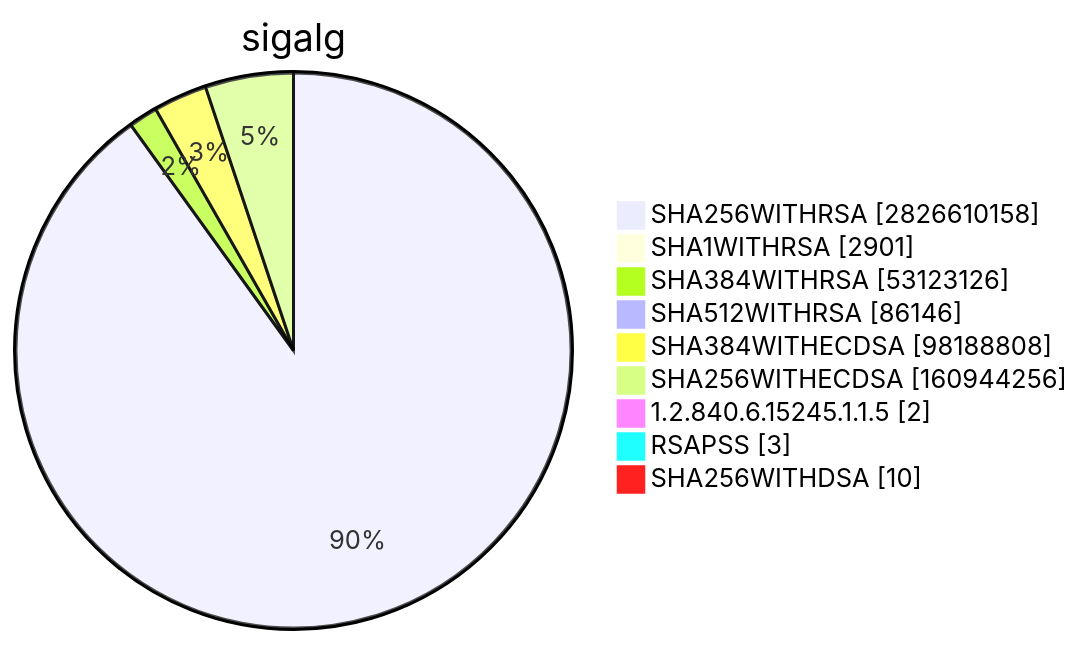
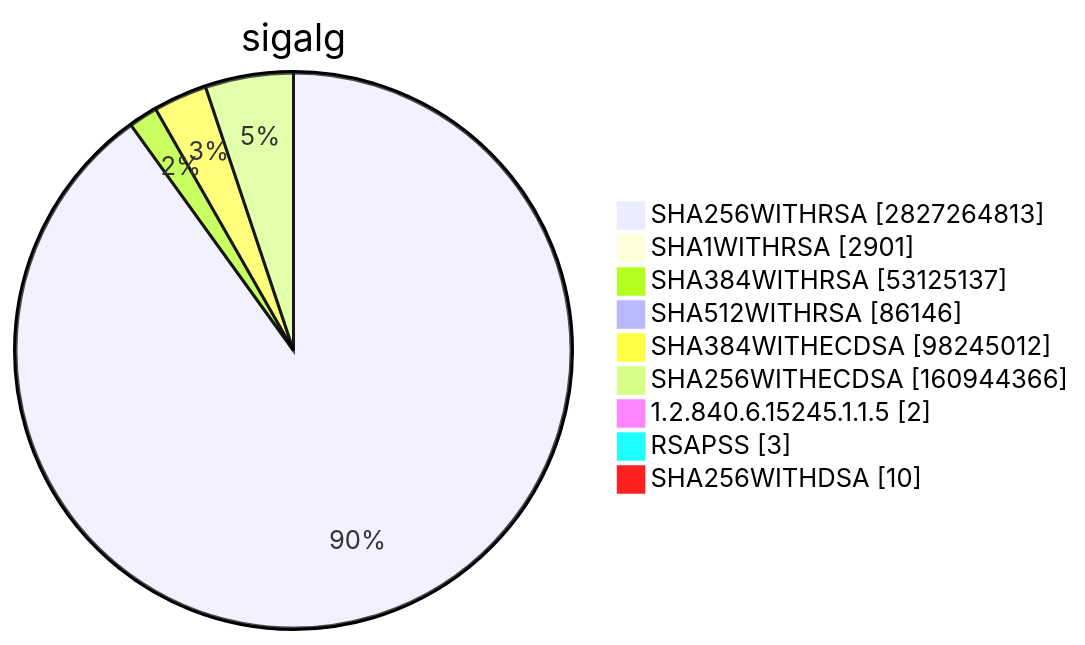
One commit to christiankrug/ctmonitor_visualization changed diagram 15 of 15 in TOTAL/README.md. Above: the diagram before and after it, drawn with Mermaid. The commit also changed other lines of this file, not shown here.

````diff
--- a/TOTAL/README.md
+++ b/TOTAL/README.md
@@ -6207,13 +6207,13 @@
 ```mermaid
 pie showData
 title sigalg
-"SHA256WITHRSA" :2826610158
+"SHA256WITHRSA" :2827264813
 "SHA1WITHRSA" :2901
-"SHA384WITHRSA" :53123126
+"SHA384WITHRSA" :53125137
 "SHA512WITHRSA" :86146
-"SHA384WITHECDSA" :98188808
-"SHA256WITHECDSA" :160944256
+"SHA384WITHECDSA" :98245012
+"SHA256WITHECDSA" :160944366
 "1.2.840.6.15245.1.1.5" :2
 "RSAPSS" :3
 "SHA256WITHDSA" :10
 ```
````
